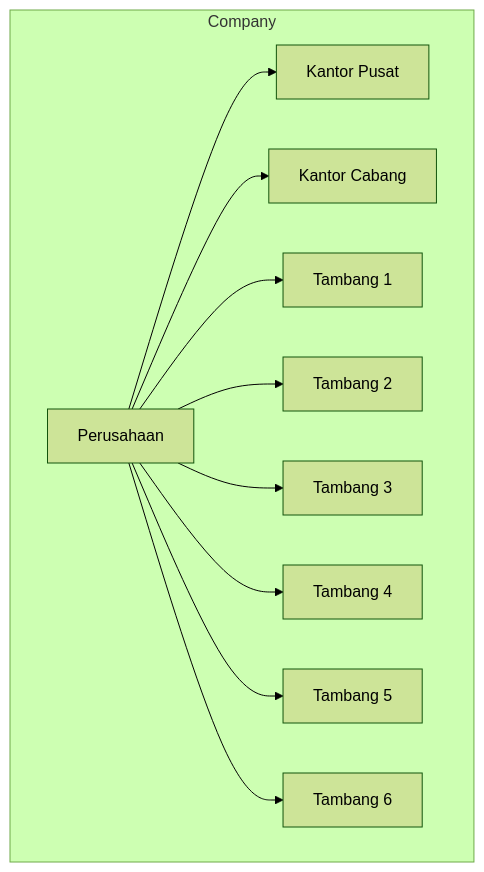
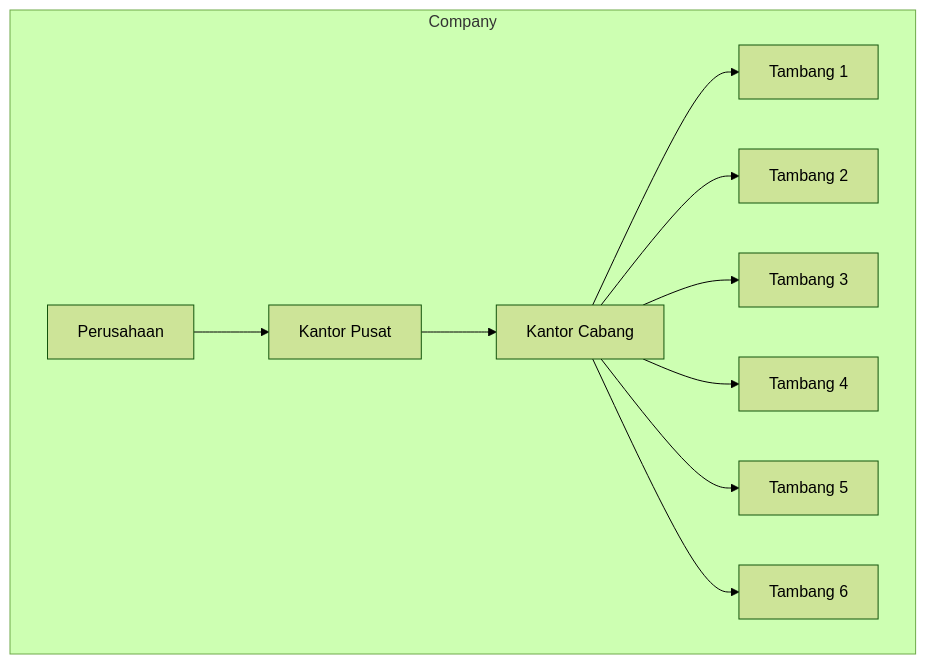
Before and after one commit to ervinanovlianti/sistem-monitoring-kendaraan: the first of 3 diagrams in README.md, drawn with Mermaid (forest theme). The commit also changed other lines of this file, not shown here.

````diff
--- a/README.md
+++ b/README.md
@@ -3,14 +3,14 @@
 ```mermaid
 graph TD;
   subgraph Company
     f1[Perusahaan]
     f1 --> f2[Kantor Pusat]
-    f1 --> f3[Kantor Cabang]
-    f1 --> f4[Tambang 1]
-    f1 --> f5[Tambang 2]
-    f1 --> f6[Tambang 3]
-    f1 --> f7[Tambang 4]
-    f1 --> f8[Tambang 5]
-    f1 --> f9[Tambang 6]
+    f2 --> f3[Kantor Cabang]
+    f3 --> f4[Tambang 1]
+    f3 --> f5[Tambang 2]
+    f3 --> f6[Tambang 3]
+    f3 --> f7[Tambang 4]
+    f3 --> f8[Tambang 5]
+    f3 --> f9[Tambang 6]
   end 
 ```
````
